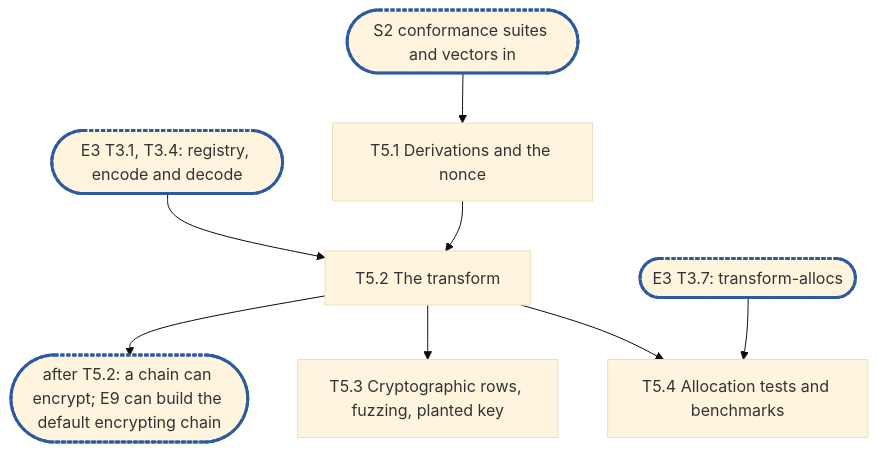
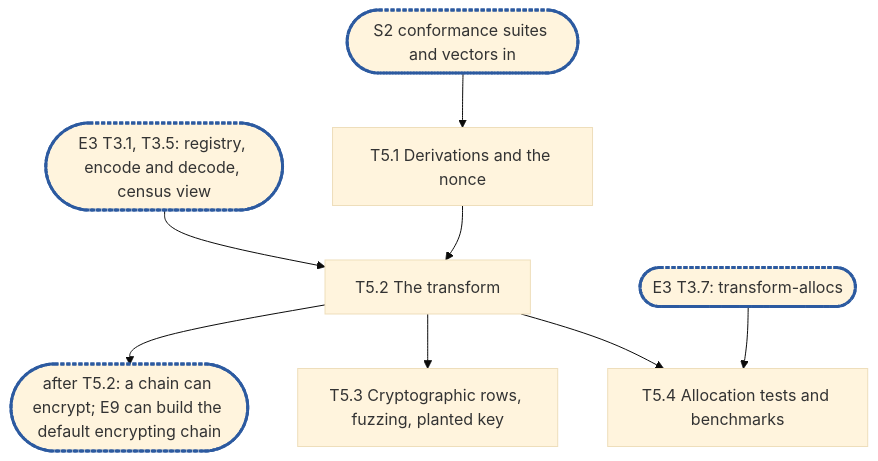
Before and after one commit to cubbit/dittofs: the diagram in .planning/rfc-5-transforms-epic5.md, drawn with Mermaid (base theme). The commit also changed other lines of this file, not shown here.

````diff
--- a/.planning/rfc-5-transforms-epic5.md
+++ b/.planning/rfc-5-transforms-epic5.md
@@ -463,11 +473,11 @@
 ```mermaid
 flowchart TD
   S2(["S2 conformance suites and vectors in"]):::sync --> T5_1["T5.1 Derivations and the nonce"]
-  A4(["E3 T3.1, T3.4: registry, encode and decode"]):::sync --> T5_2
+  A4(["E3 T3.1, T3.5: registry, encode and decode, census view"]):::sync --> T5_2
   T5_1 --> T5_2["T5.2 The transform"]
   T5_2 --> C1(["after T5.2: a chain can encrypt; E9 can build the default encrypting chain"]):::sync
   T5_2 --> T5_3["T5.3 Cryptographic rows, fuzzing, planted key"]
   T5_2 --> T5_4["T5.4 Allocation tests and benchmarks"]
   A7(["E3 T3.7: transform-allocs"]):::sync --> T5_4
   classDef sync stroke:#2c5aa0,stroke-width:3px,stroke-dasharray:4 2
 ```
````
